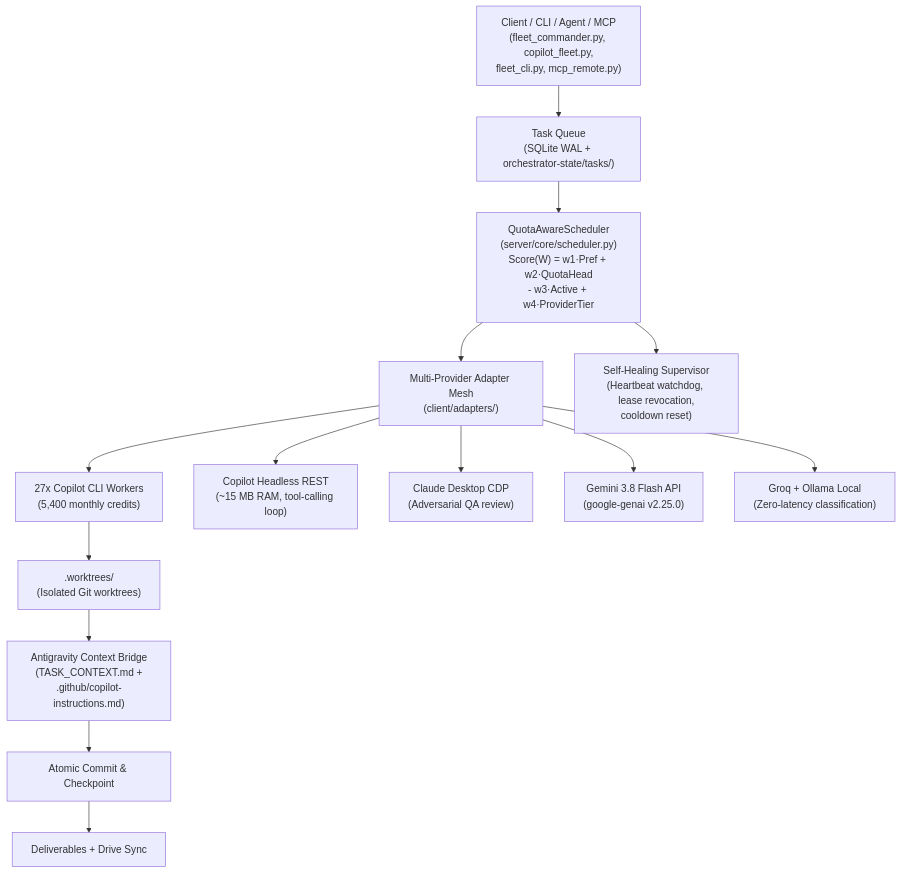
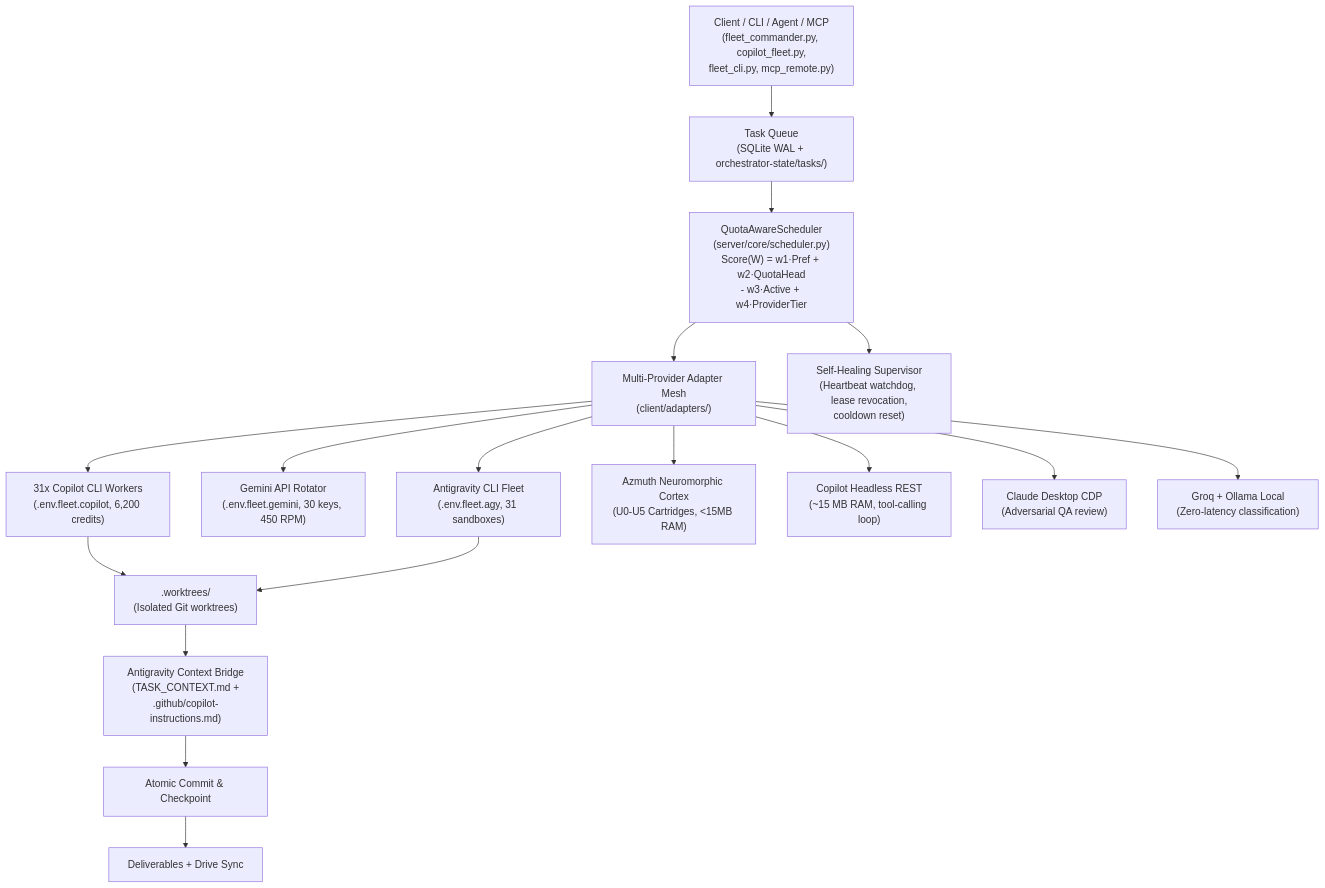
Before and after one commit to Aaradhya-Dev-Tamrakar/Agent-Customization-Sync: the diagram in .github/prompts/fleet-orchestrator.prompt.md, drawn with Mermaid. The commit also changed other lines of this file and 31 other files, not shown here.

````diff
--- a/.github/prompts/fleet-orchestrator.prompt.md
+++ b/.github/prompts/fleet-orchestrator.prompt.md
@@ -13,21 +13,24 @@
 ```mermaid
 flowchart TD
     Submission["Client / CLI / Agent / MCP\n(fleet_commander.py, copilot_fleet.py,\nfleet_cli.py, mcp_remote.py)"] --> Queue["Task Queue\n(SQLite WAL + orchestrator-state/tasks/)"]
 
     Queue --> Scheduler["QuotaAwareScheduler\n(server/core/scheduler.py)\nScore(W) = w1·Pref + w2·QuotaHead\n- w3·Active + w4·ProviderTier"]
 
     Scheduler --> AdapterMesh["Multi-Provider Adapter Mesh\n(client/adapters/)"]
 
-    AdapterMesh --> CopilotCLI["27x Copilot CLI Workers\n(5,400 monthly credits)"]
+    AdapterMesh --> CopilotCLI["31x Copilot CLI Workers\n(.env.fleet.copilot, 6,200 credits)"]
+    AdapterMesh --> GeminiAPI["Gemini API Rotator\n(.env.fleet.gemini, 30 keys, 450 RPM)"]
+    AdapterMesh --> AGYCLI["Antigravity CLI Fleet\n(.env.fleet.agy, 31 sandboxes)"]
+    AdapterMesh --> AzmuthMacro["Azmuth Neuromorphic Cortex\n(U0-U5 Cartridges, <15MB RAM)"]
     AdapterMesh --> CopilotHeadless["Copilot Headless REST\n(~15 MB RAM, tool-calling loop)"]
     AdapterMesh --> ClaudeCDP["Claude Desktop CDP\n(Adversarial QA review)"]
-    AdapterMesh --> GeminiAPI["Gemini 3.8 Flash API\n(google-genai v2.25.0)"]
     AdapterMesh --> GroqOllama["Groq + Ollama Local\n(Zero-latency classification)"]
 
     CopilotCLI --> Worktrees[".worktrees/\n(Isolated Git worktrees)"]
+    AGYCLI --> Worktrees
     Worktrees --> Bridge["Antigravity Context Bridge\n(TASK_CONTEXT.md +\n.github/copilot-instructions.md)"]
     Bridge --> Commit["Atomic Commit & Checkpoint"]
     Commit --> Output["Deliverables + Drive Sync"]
 
     Scheduler --> Supervisor["Self-Healing Supervisor\n(Heartbeat watchdog, lease revocation,\ncooldown reset)"]
 ```
````
